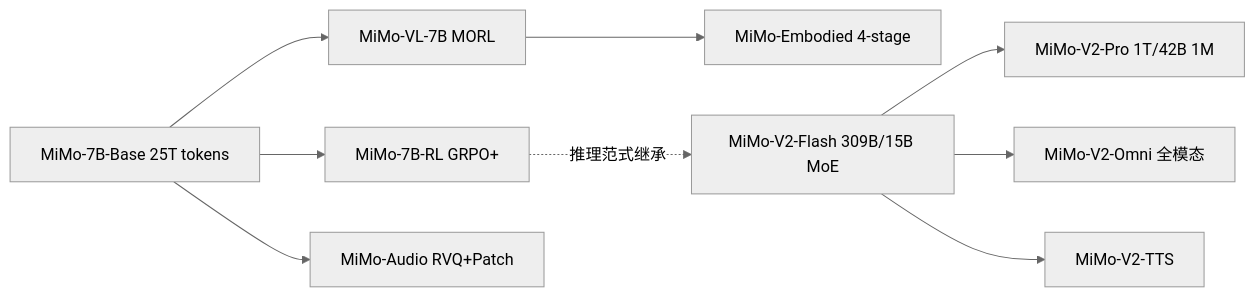
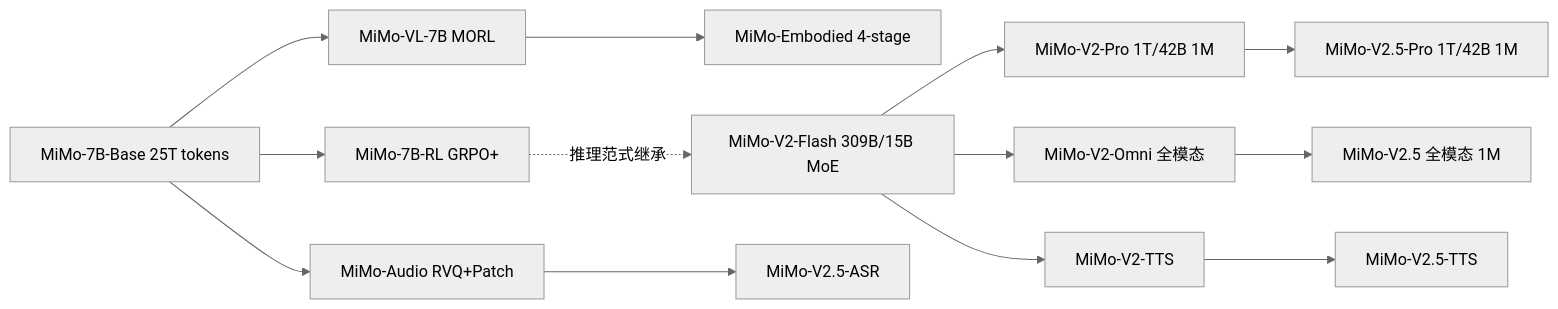
One commit to zhoucanzong/LLM-Research changed the diagram in MiMo-research/report.md. Above: the diagram before and after it, drawn with Mermaid (neutral theme). The commit also changed other lines of this file and 13 other files, not shown here.

````diff
--- a/MiMo-research/report.md
+++ b/MiMo-research/report.md
@@ -398,11 +422,15 @@
 ```mermaid
 graph LR
     A[MiMo-7B-Base 25T tokens] --> B[MiMo-7B-RL GRPO+]
     A --> C[MiMo-VL-7B MORL]
     C --> D[MiMo-Embodied 4-stage]
     A --> E[MiMo-Audio RVQ+Patch]
     F[MiMo-V2-Flash 309B/15B MoE] --> G[MiMo-V2-Pro 1T/42B 1M]
     F --> H[MiMo-V2-Omni 全模态]
     F --> I[MiMo-V2-TTS]
+    G --> J[MiMo-V2.5-Pro 1T/42B 1M]
+    H --> K[MiMo-V2.5 全模态 1M]
+    I --> L[MiMo-V2.5-TTS]
+    E --> M[MiMo-V2.5-ASR]
     B -.推理范式继承.-> F
 ```
````
